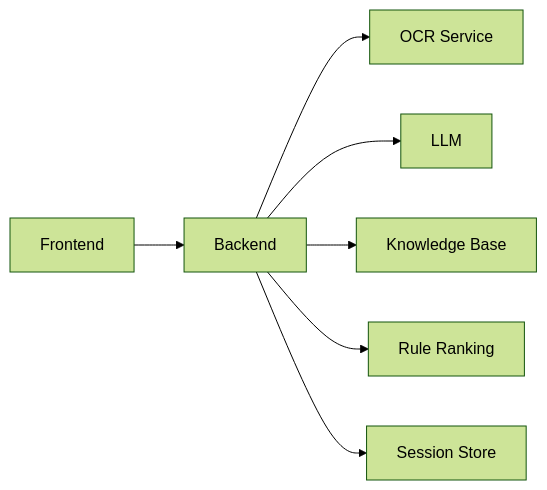
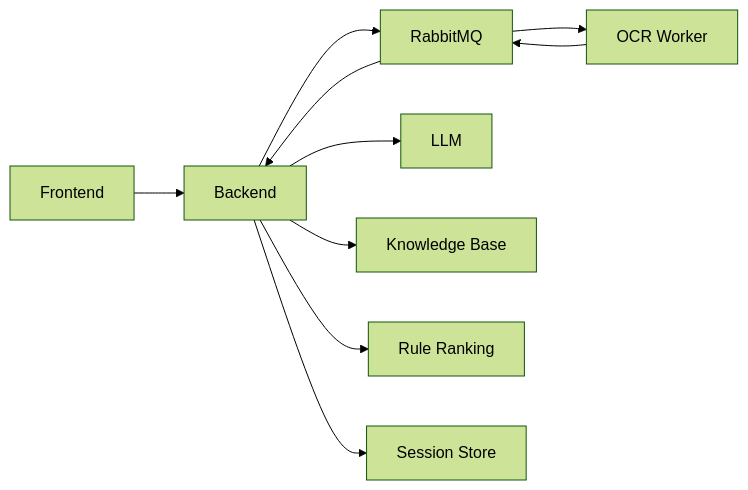
The diagram in README.md (SouthwestAsiaFloat/Kards-arena-agent), drawn with Mermaid (forest theme) before and after one commit. The commit also changed other lines of this file and 30 other files, not shown here.

````diff
--- a/README.md
+++ b/README.md
@@ -28,9 +29,12 @@
 ```mermaid
 flowchart LR
     A["Frontend"] --> B["Backend"]
-    B --> C["OCR Service"]
+    B --> H["RabbitMQ"]
+    H --> C["OCR Worker"]
+    C --> H
+    H --> B
     B --> D["LLM"]
     B --> E["Knowledge Base"]
     B --> F["Rule Ranking"]
     B --> G["Session Store"]
 ```
````
